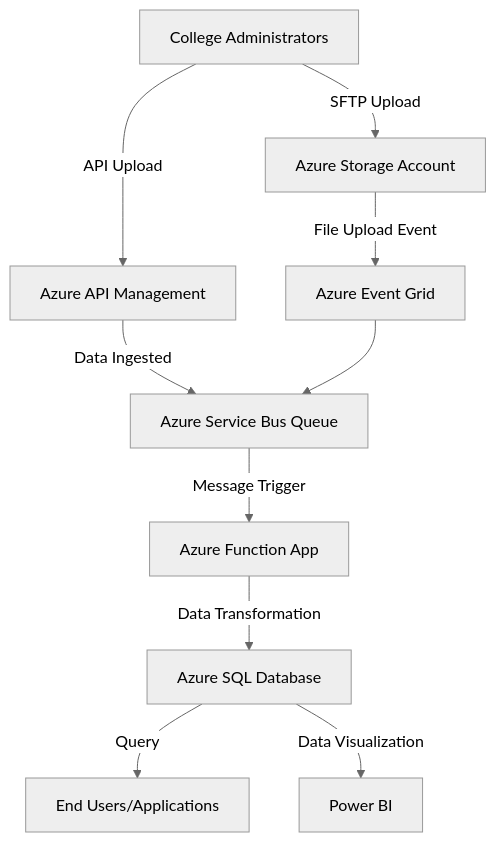
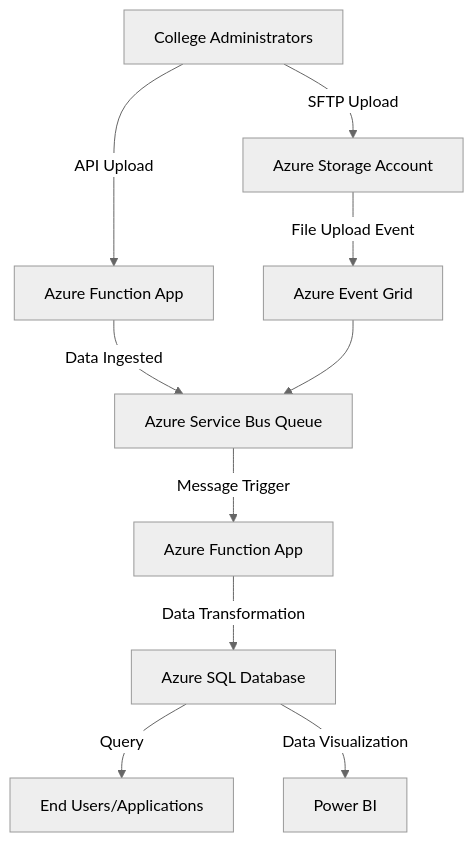
Before and after one commit to oigbokwe73/Data-Ingestion-Azure-Service-Bus-To-SQL: the diagram in README.md, drawn with Mermaid (neutral theme).

````diff
--- a/README.md
+++ b/README.md
@@ -71,12 +71,12 @@
 ```mermaid
 graph TD
-    A[College Administrators] -->|API Upload| B[Azure API Management]
+    A[College Administrators] -->|API Upload| B[Azure Function App]
     A -->|SFTP Upload| C[Azure Storage Account]
     C -->|File Upload Event| D[Azure Event Grid]
     B -->|Data Ingested| E[Azure Service Bus Queue]
     D --> E
     E -->|Message Trigger| F[Azure Function App]
     F -->|Data Transformation| G[Azure SQL Database]
     G -->|Query| H[End Users/Applications]
     G -->|Data Visualization| I[Power BI]
 ```
````
